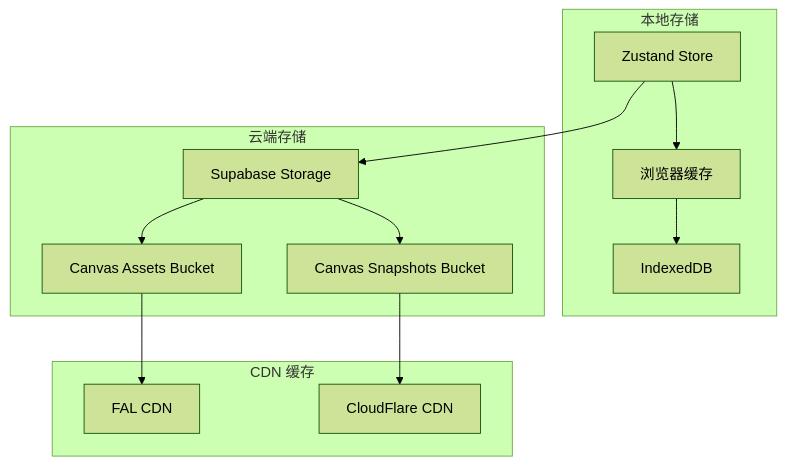
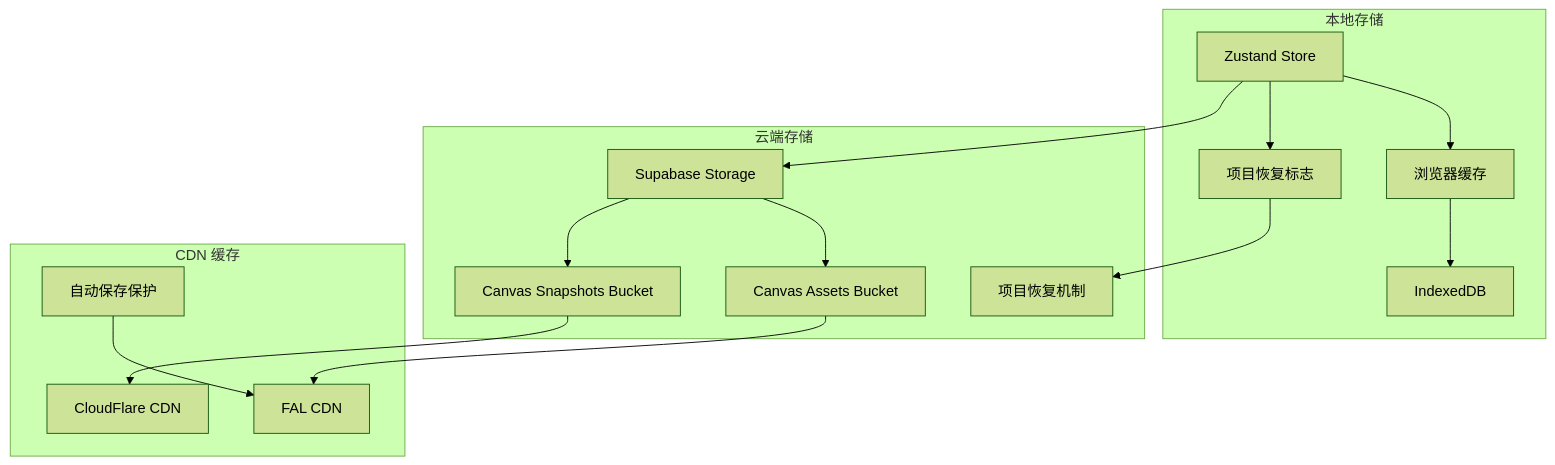
The eighth of 15 diagrams in .qoder/repowiki/zh/content/核心功能模块/画布图像加载机制.md (billye220670/BananaFlow2), drawn with Mermaid (forest theme) before and after one commit. The commit also changed other lines of this file and 17 other files, not shown here.

First line of the commit message:
refactor: shimmer单元素架构重构，统一图片URL为Supabase单一来源

````diff
--- a/.qoder/repowiki/zh/content/核心功能模块/画布图像加载机制.md
+++ b/.qoder/repowiki/zh/content/核心功能模块/画布图像加载机制.md
@@ -293,24 +308,30 @@
 ```mermaid
 graph TB
 subgraph "本地存储"
 A[Zustand Store]
 B[浏览器缓存]
 C[IndexedDB]
+D[项目恢复标志]
 end
 subgraph "云端存储"
-D[Supabase Storage]
-E[Canvas Assets Bucket]
-F[Canvas Snapshots Bucket]
+E[Supabase Storage]
+F[Canvas Assets Bucket]
+G[Canvas Snapshots Bucket]
+H[项目恢复机制]
 end
 subgraph "CDN 缓存"
-G[FAL CDN]
-H[CloudFlare CDN]
+I[FAL CDN]
+J[CloudFlare CDN]
+K[自动保存保护]
 end
 A --> B
 B --> C
 A --> D
-D --> E
-D --> F
+A --> E
+E --> F
 E --> G
-F --> H
+F --> I
+G --> J
+D --> H
+K --> I
 ```
````
